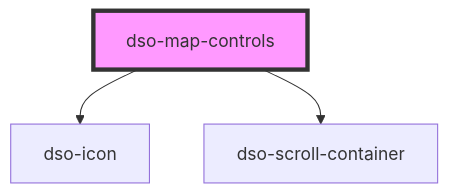
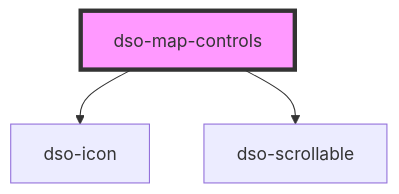
One commit to dso-toolkit/dso-toolkit changed the diagram in packages/core/src/components/map-controls/readme.md. Above: the diagram before and after it, drawn with Mermaid. The commit also changed other lines of this file and 45 other files, not shown here.

Commit message:
#2071 Scroll Container naar Scrollable

````diff
--- a/packages/core/src/components/map-controls/readme.md
+++ b/packages/core/src/components/map-controls/readme.md
@@ -44,6 +44,6 @@
 ```mermaid
 graph TD;
   dso-map-controls --> dso-icon
-  dso-map-controls --> dso-scroll-container
+  dso-map-controls --> dso-scrollable
   style dso-map-controls fill:#f9f,stroke:#333,stroke-width:4px
 ```
````
